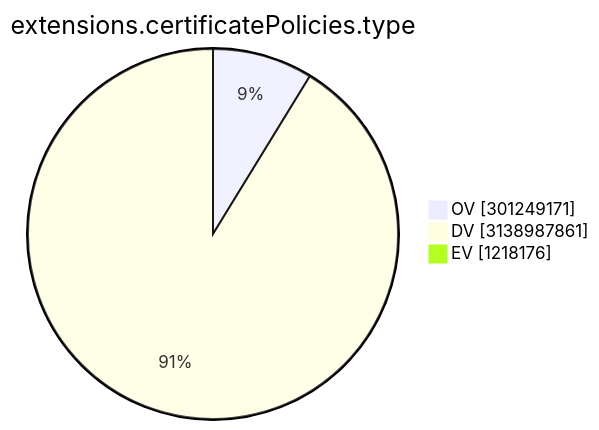
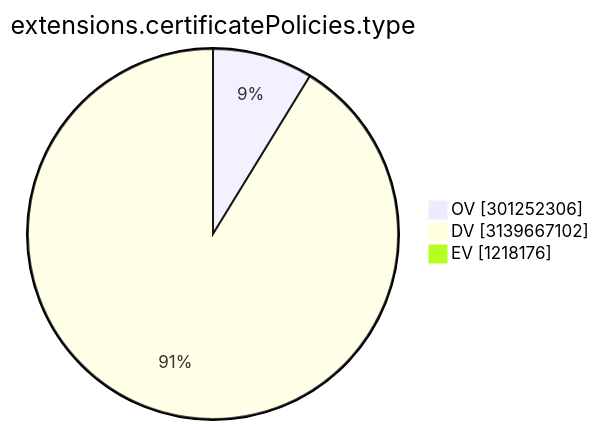
The ninth of 15 diagrams in TOTAL/README.md (christiankrug/ctmonitor_visualization), drawn with Mermaid before and after one commit. The commit also changed other lines of this file, not shown here.

````diff
--- a/TOTAL/README.md
+++ b/TOTAL/README.md
@@ -3105,7 +3105,7 @@
 ```mermaid
 pie showData
 title extensions.certificatePolicies.type
-"OV" :301249171
-"DV" :3138987861
+"OV" :301252306
+"DV" :3139667102
 "EV" :1218176
 ```
````
